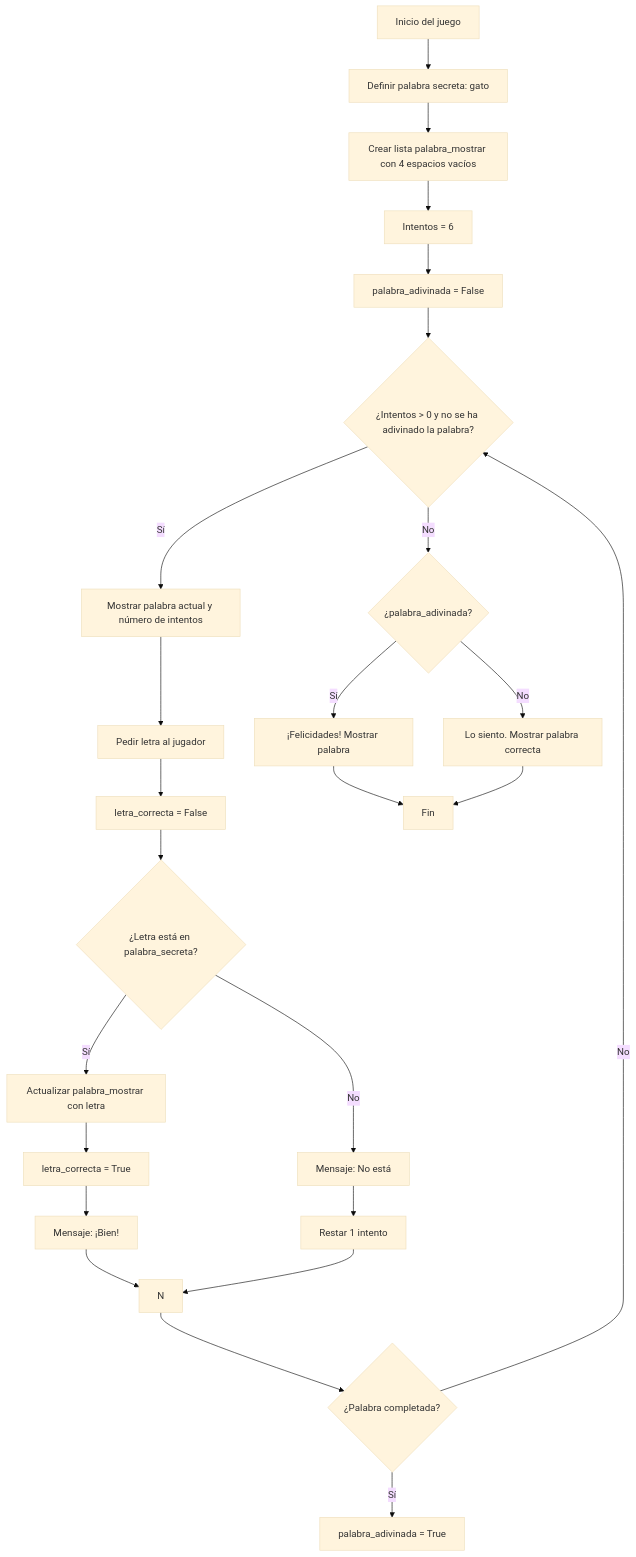
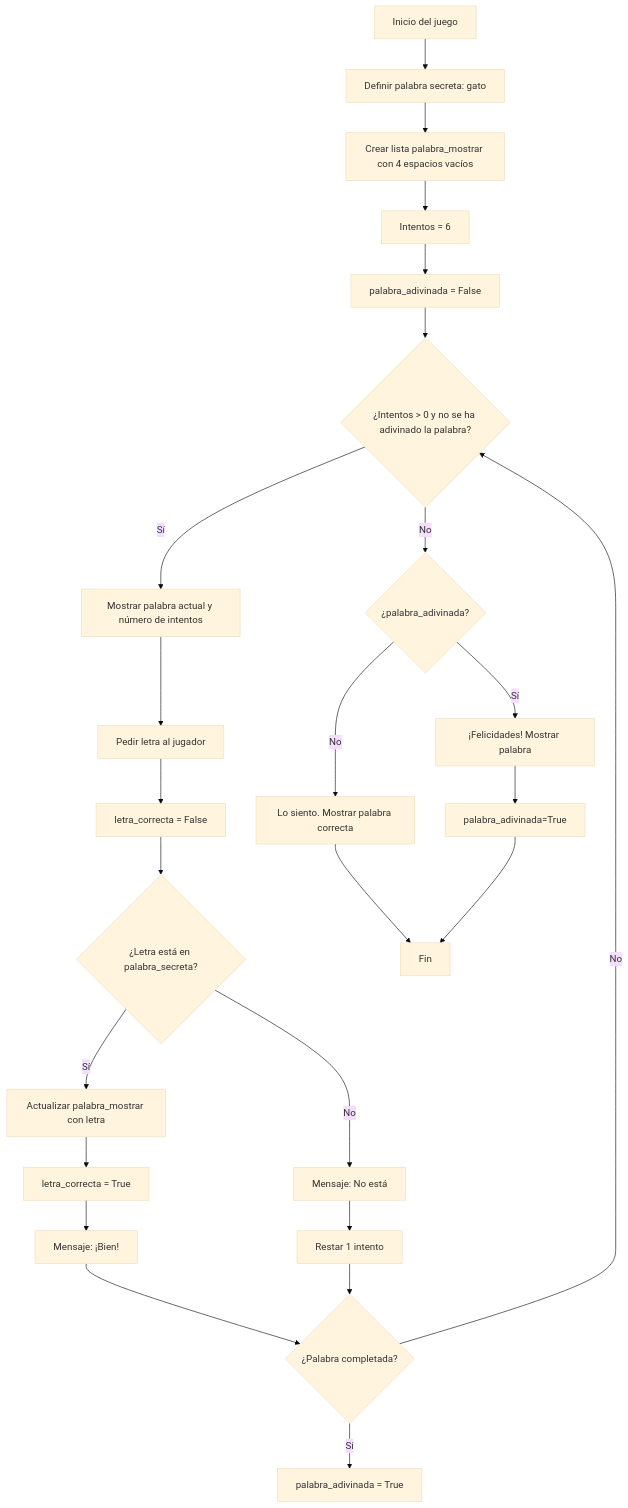
The diagram in README.md (Daniel06-cm/Avance-1), drawn with Mermaid (base theme) before and after one commit. The commit also changed other lines of this file, not shown here.

````diff
--- a/README.md
+++ b/README.md
@@ -57,35 +57,36 @@
 ``` mermaid
 flowchart TD
     A[Inicio del juego] --> B[Definir palabra secreta: gato]
     B --> C[Crear lista palabra_mostrar con 4 espacios vacíos]
     C --> D[Intentos = 6]
     D --> E[palabra_adivinada = False]
     E --> F{¿Intentos > 0 y no se ha adivinado la palabra?}
     
     F -->|Sí| G[Mostrar palabra actual y número de intentos]
     G --> H[Pedir letra al jugador]
     H --> I[letra_correcta = False]
 
     I --> J{¿Letra está en palabra_secreta?}
     J -->|Sí| K[Actualizar palabra_mostrar con letra]
     K --> L[letra_correcta = True]
     L --> M[Mensaje: ¡Bien!]
-    M --> N
+    M --> Q
 
     J -->|No| O[Mensaje: No está]
     O --> P[Restar 1 intento]
-    P --> N
+    P --> Q
 
-    N --> Q{¿Palabra completada?}
+    Q{¿Palabra completada?}
     Q -->|Sí| R[palabra_adivinada = True]
     Q -->|No| F
 
     F -->|No| S{¿palabra_adivinada?}
     S -->|Sí| T[¡Felicidades! Mostrar palabra]
     S -->|No| U[Lo siento. Mostrar palabra correcta]
 
-    T --> V[Fin]
+    T --> W[palabra_adivinada=True]
     U --> V[Fin]
+    W --> V[Fin]
 
 
 ```
````
